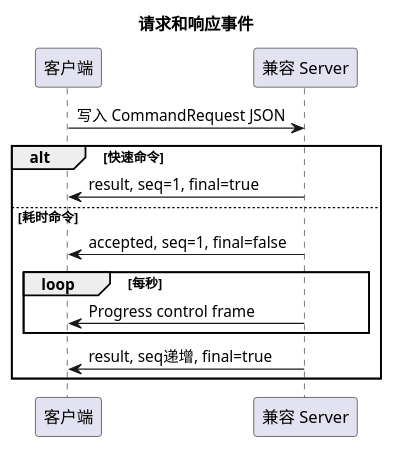
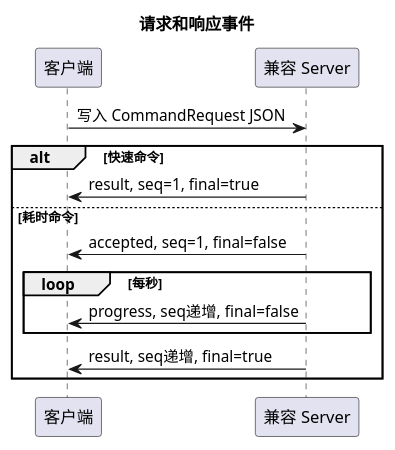
The fourth of 7 diagrams in docs/COMPATIBLE_BLE_SERVER_IMPLEMENTATION_ZH.md (GrooveWJH/ble-command-gateway), drawn with PlantUML before and after one commit. The commit also changed other lines of this file and 39 other files, not shown here.

````diff
--- a/docs/COMPATIBLE_BLE_SERVER_IMPLEMENTATION_ZH.md
+++ b/docs/COMPATIBLE_BLE_SERVER_IMPLEMENTATION_ZH.md
@@ -267,21 +262,21 @@
 ```plantuml
 @startuml
 title 请求和响应事件
 
 participant Client as "客户端"
 participant Server as "兼容 Server"
 
 Client -> Server: 写入 CommandRequest JSON
 
 alt 快速命令
   Server -> Client: result, seq=1, final=true
 else 耗时命令
   Server -> Client: accepted, seq=1, final=false
   loop 每秒
-    Server -> Client: Progress control frame
+    Server -> Client: progress, seq递增, final=false
   end
   Server -> Client: result, seq递增, final=true
 end
 
 @enduml
 ```
````
